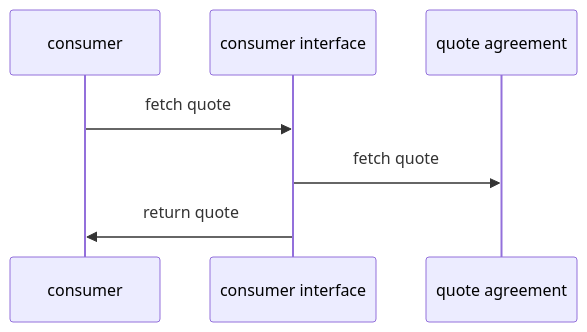
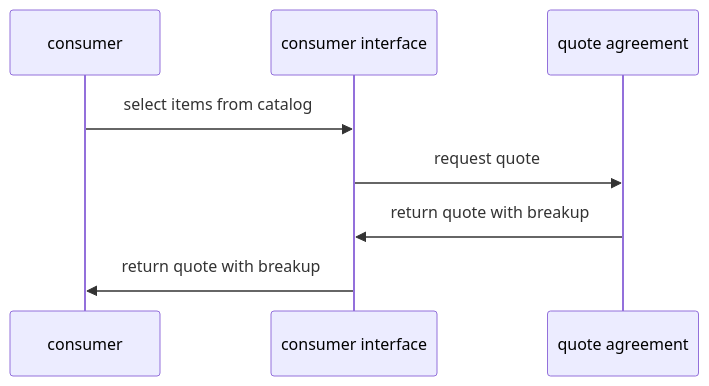
Before and after one commit to GovStackWorkingGroup/bb-emarketplace: the second of 15 diagrams in spec/9-workflows.md, drawn with Mermaid. The commit also changed other lines of this file and 3 other files, not shown here.

````diff
--- a/spec/9-workflows.md
+++ b/spec/9-workflows.md
@@ -55,6 +56,7 @@
 ```mermaid
 sequenceDiagram
-    consumer->>consumer interface: fetch quote
-    consumer interface->>quote agreement:fetch quote
-    consumer interface->>consumer: return quote
+    consumer->>consumer interface: select items from catalog
+    consumer interface->>quote agreement:request quote
+    quote agreement->>consumer interface:return quote with breakup
+    consumer interface->>consumer: return quote with breakup
 ```
````
